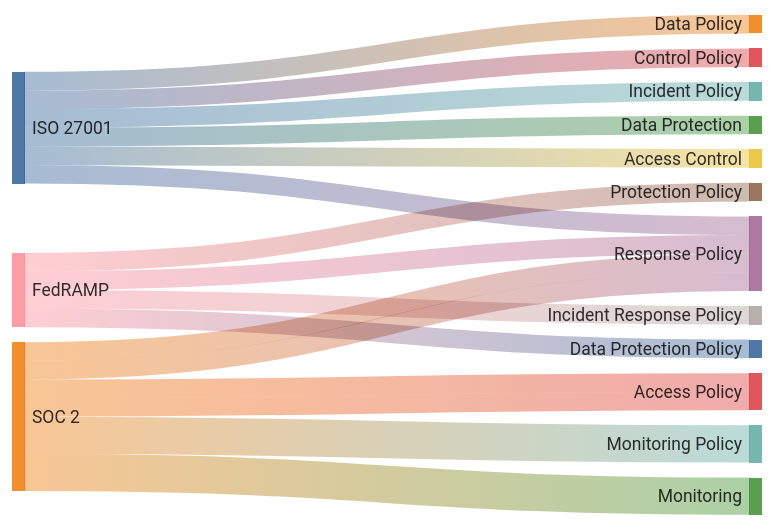
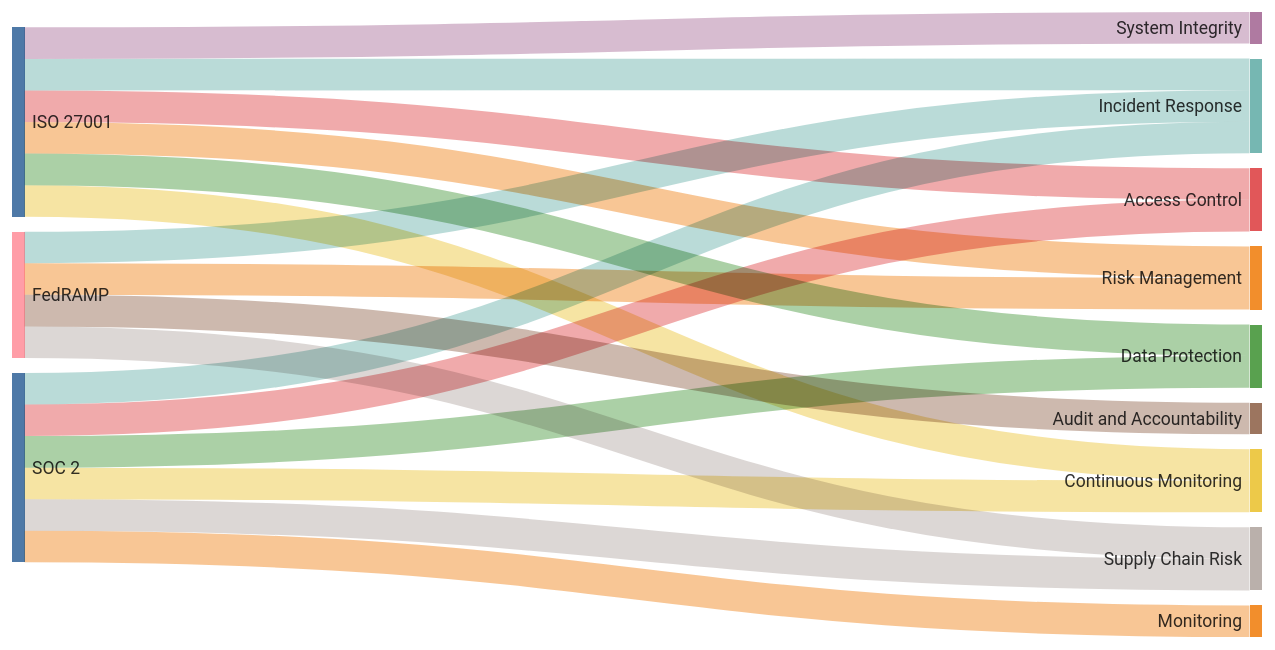
The diagram in README.md (jluufigma/grc-docs), drawn with Mermaid before and after one commit.

````diff
--- a/README.md
+++ b/README.md
@@ -4,29 +4,33 @@
 ```mermaid
 ---
-config: 
+config:
+ themeCSS: white
  sankey: 
   showValues: false
-
+  width: 1000
+  height: 500
+  linkColor: 'target'
+  nodeAlignment: 'center'
 ---
 sankey-beta
 
 %% Frameworks,Policies,Weight
-ISO 27001,Data  Policy,1
-ISO 27001, Control Policy,1
-ISO 27001,Incident  Policy,1
-ISO 27001,Data Protection ,1
-ISO 27001,Access Control ,1
-ISO 27001, Response Policy,1
+ISO 27001,Risk Management,1
+ISO 27001,Access Control,1
+ISO 27001,Incident Response ,1
+ISO 27001,Data Protection,1
+ISO 27001,Continuous Monitoring,1
+ISO 27001,System Integrity,1
 
-FedRAMP, Protection Policy,1
-FedRAMP,Incident Response Policy,1
-FedRAMP,Data Protection Policy,1
-FedRAMP, Response Policy,1
+FedRAMP,Audit and Accountability,1
+FedRAMP,Incident Response,1
+FedRAMP,Supply Chain Risk,1
+FedRAMP,Risk Management,1
 
-SOC 2,Access  Policy,1
-SOC 2, Response Policy,1
-SOC 2,Monitoring Policy,2
-SOC 2,Access  Policy,1
-SOC 2, Response Policy,1
-SOC 2,Monitoring ,2
+SOC 2,Access Control,1
+SOC 2,Incident Response,1
+SOC 2,Continuous Monitoring,1
+SOC 2,Data Protection,1
+SOC 2,Supply Chain Risk,1
+SOC 2,Monitoring ,1
 ```
````
